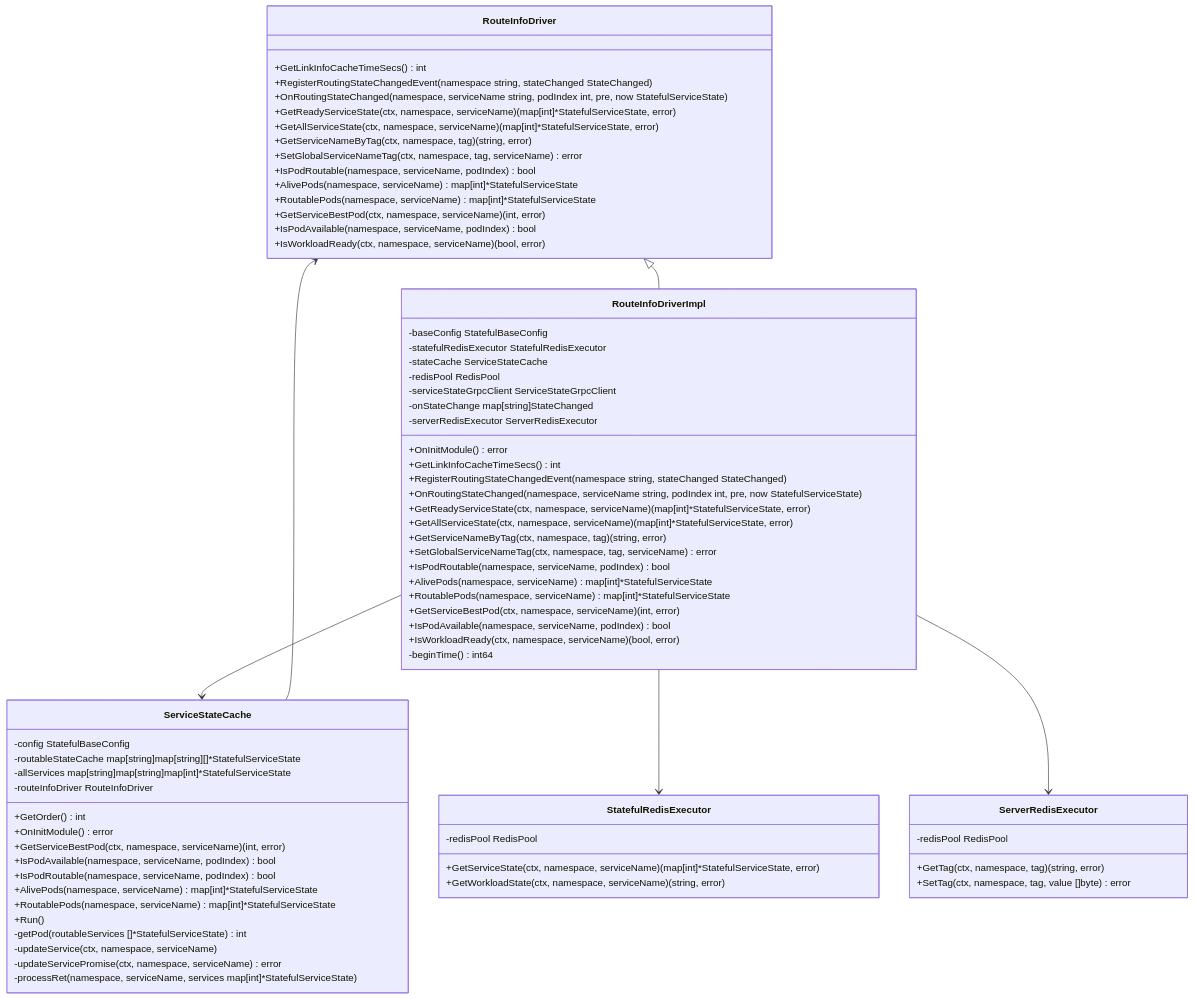
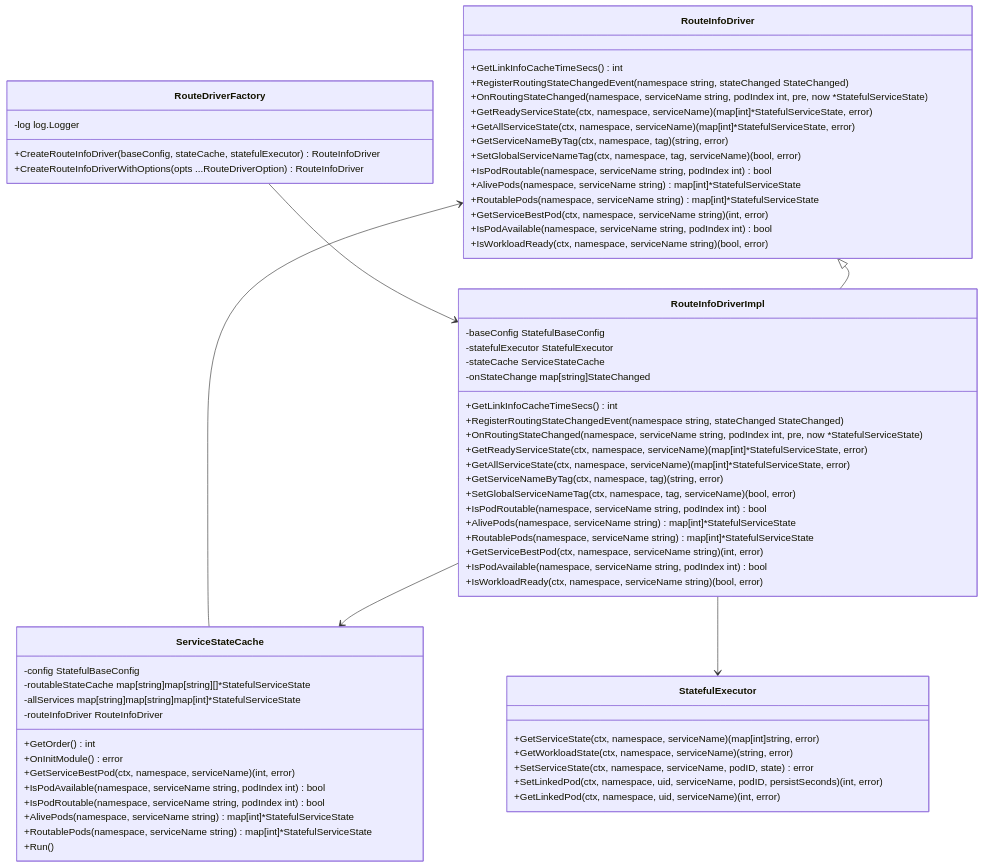
One commit to HZ00M/homo-go changed the first of 2 diagrams in route/todo/driver/todolist.md. Above: the diagram before and after it, drawn with Mermaid. The commit also changed other lines of this file and 25 other files, not shown here.

````diff
--- a/route/todo/driver/todolist.md
+++ b/route/todo/driver/todolist.md
@@ -38,80 +42,73 @@
 ```mermaid
 classDiagram
     class RouteInfoDriver {
         +GetLinkInfoCacheTimeSecs() int
         +RegisterRoutingStateChangedEvent(namespace string, stateChanged StateChanged)
-        +OnRoutingStateChanged(namespace, serviceName string, podIndex int, pre, now StatefulServiceState)
+        +OnRoutingStateChanged(namespace, serviceName string, podIndex int, pre, now *StatefulServiceState)
         +GetReadyServiceState(ctx, namespace, serviceName) (map[int]*StatefulServiceState, error)
         +GetAllServiceState(ctx, namespace, serviceName) (map[int]*StatefulServiceState, error)
         +GetServiceNameByTag(ctx, namespace, tag) (string, error)
-        +SetGlobalServiceNameTag(ctx, namespace, tag, serviceName) error
-        +IsPodRoutable(namespace, serviceName, podIndex) bool
-        +AlivePods(namespace, serviceName) map[int]*StatefulServiceState
-        +RoutablePods(namespace, serviceName) map[int]*StatefulServiceState
-        +GetServiceBestPod(ctx, namespace, serviceName) (int, error)
-        +IsPodAvailable(namespace, serviceName, podIndex) bool
-        +IsWorkloadReady(ctx, namespace, serviceName) (bool, error)
+        +SetGlobalServiceNameTag(ctx, namespace, tag, serviceName) (bool, error)
+        +IsPodRoutable(namespace, serviceName string, podIndex int) bool
+        +AlivePods(namespace, serviceName string) map[int]*StatefulServiceState
+        +RoutablePods(namespace, serviceName string) map[int]*StatefulServiceState
+        +GetServiceBestPod(ctx, namespace, serviceName string) (int, error)
+        +IsPodAvailable(namespace, serviceName string, podIndex int) bool
+        +IsWorkloadReady(ctx, namespace, serviceName string) (bool, error)
     }
     
     class RouteInfoDriverImpl {
         -baseConfig StatefulBaseConfig
-        -statefulRedisExecutor StatefulRedisExecutor
+        -statefulExecutor StatefulExecutor
         -stateCache ServiceStateCache
-        -redisPool RedisPool
-        -serviceStateGrpcClient ServiceStateGrpcClient
         -onStateChange map[string]StateChanged
-        -serverRedisExecutor ServerRedisExecutor
-        +OnInitModule() error
         +GetLinkInfoCacheTimeSecs() int
         +RegisterRoutingStateChangedEvent(namespace string, stateChanged StateChanged)
-        +OnRoutingStateChanged(namespace, serviceName string, podIndex int, pre, now StatefulServiceState)
+        +OnRoutingStateChanged(namespace, serviceName string, podIndex int, pre, now *StatefulServiceState)
         +GetReadyServiceState(ctx, namespace, serviceName) (map[int]*StatefulServiceState, error)
         +GetAllServiceState(ctx, namespace, serviceName) (map[int]*StatefulServiceState, error)
         +GetServiceNameByTag(ctx, namespace, tag) (string, error)
-        +SetGlobalServiceNameTag(ctx, namespace, tag, serviceName) error
-        +IsPodRoutable(namespace, serviceName, podIndex) bool
-        +AlivePods(namespace, serviceName) map[int]*StatefulServiceState
-        +RoutablePods(namespace, serviceName) map[int]*StatefulServiceState
-        +GetServiceBestPod(ctx, namespace, serviceName) (int, error)
-        +IsPodAvailable(namespace, serviceName, podIndex) bool
-        +IsWorkloadReady(ctx, namespace, serviceName) (bool, error)
-        -beginTime() int64
+        +SetGlobalServiceNameTag(ctx, namespace, tag, serviceName) (bool, error)
+        +IsPodRoutable(namespace, serviceName string, podIndex int) bool
+        +AlivePods(namespace, serviceName string) map[int]*StatefulServiceState
+        +RoutablePods(namespace, serviceName string) map[int]*StatefulServiceState
+        +GetServiceBestPod(ctx, namespace, serviceName string) (int, error)
+        +IsPodAvailable(namespace, serviceName string, podIndex int) bool
+        +IsWorkloadReady(ctx, namespace, serviceName string) (bool, error)
     }
     
     class ServiceStateCache {
         -config StatefulBaseConfig
         -routableStateCache map[string]map[string][]*StatefulServiceState
         -allServices map[string]map[string]map[int]*StatefulServiceState
         -routeInfoDriver RouteInfoDriver
         +GetOrder() int
         +OnInitModule() error
         +GetServiceBestPod(ctx, namespace, serviceName) (int, error)
-        +IsPodAvailable(namespace, serviceName, podIndex) bool
-        +IsPodRoutable(namespace, serviceName, podIndex) bool
-        +AlivePods(namespace, serviceName) map[int]*StatefulServiceState
-        +RoutablePods(namespace, serviceName) map[int]*StatefulServiceState
+        +IsPodAvailable(namespace, serviceName string, podIndex int) bool
+        +IsPodRoutable(namespace, serviceName string, podIndex int) bool
+        +AlivePods(namespace, serviceName string) map[int]*StatefulServiceState
+        +RoutablePods(namespace, serviceName string) map[int]*StatefulServiceState
         +Run()
-        -getPod(routableServices []*StatefulServiceState) int
-        -updateService(ctx, namespace, serviceName)
-        -updateServicePromise(ctx, namespace, serviceName) error
-        -processRet(namespace, serviceName, services map[int]*StatefulServiceState)
     }
     
-    class StatefulRedisExecutor {
-        -redisPool RedisPool
-        +GetServiceState(ctx, namespace, serviceName) (map[int]*StatefulServiceState, error)
+    class StatefulExecutor {
+        +GetServiceState(ctx, namespace, serviceName) (map[int]string, error)
         +GetWorkloadState(ctx, namespace, serviceName) (string, error)
+        +SetServiceState(ctx, namespace, serviceName, podID, state) error
+        +SetLinkedPod(ctx, namespace, uid, serviceName, podID, persistSeconds) (int, error)
+        +GetLinkedPod(ctx, namespace, uid, serviceName) (int, error)
     }
     
-    class ServerRedisExecutor {
-        -redisPool RedisPool
-        +GetTag(ctx, namespace, tag) (string, error)
-        +SetTag(ctx, namespace, tag, value []byte) error
+    class RouteDriverFactory {
+        -log log.Logger
+        +CreateRouteInfoDriver(baseConfig, stateCache, statefulExecutor) RouteInfoDriver
+        +CreateRouteInfoDriverWithOptions(opts ...RouteDriverOption) RouteInfoDriver
     }
     
     RouteInfoDriver <|-- RouteInfoDriverImpl
     RouteInfoDriverImpl --> ServiceStateCache
-    RouteInfoDriverImpl --> StatefulRedisExecutor
-    RouteInfoDriverImpl --> ServerRedisExecutor
+    RouteInfoDriverImpl --> StatefulExecutor
+    RouteDriverFactory --> RouteInfoDriverImpl
     ServiceStateCache --> RouteInfoDriver
 ```
````
